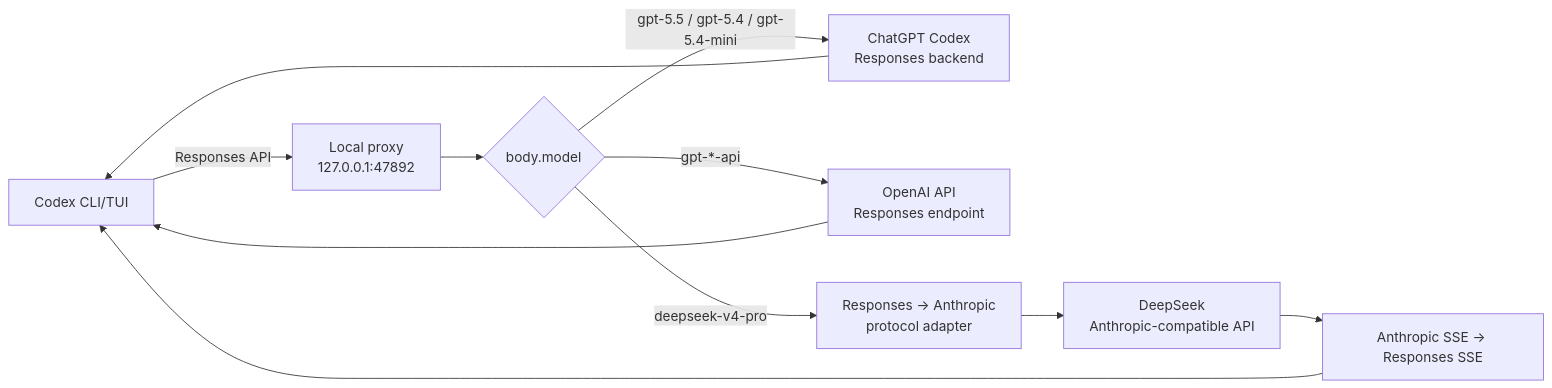
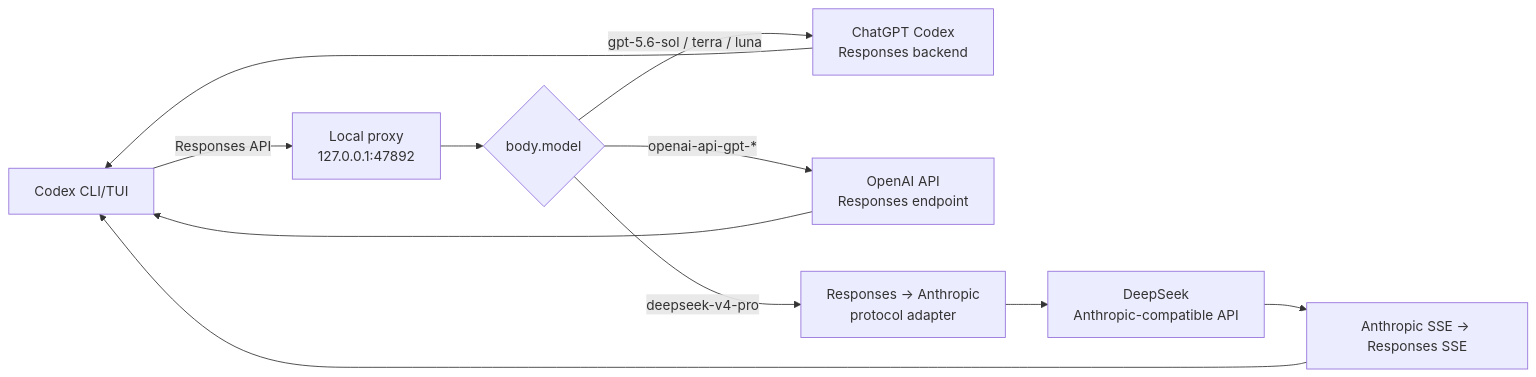
The diagram in README.md (OscarYi9527/codex_proxy), drawn with Mermaid before and after one commit. The commit also changed other lines of this file and 3 other files, not shown here.

````diff
--- a/README.md
+++ b/README.md
@@ -38,13 +42,13 @@
 ```mermaid
 flowchart LR
     C[Codex CLI/TUI] -->|Responses API| P[Local proxy<br/>127.0.0.1:47892]
     P --> M{body.model}
-    M -->|gpt-5.5 / gpt-5.4 / gpt-5.4-mini| G[ChatGPT Codex<br/>Responses backend]
-    M -->|gpt-*-api| O[OpenAI API<br/>Responses endpoint]
+    M -->|gpt-5.6-sol / terra / luna| G[ChatGPT Codex<br/>Responses backend]
+    M -->|openai-api-gpt-*| O[OpenAI API<br/>Responses endpoint]
     M -->|deepseek-v4-pro| T[Responses → Anthropic<br/>protocol adapter]
     T --> D[DeepSeek<br/>Anthropic-compatible API]
     D --> T2[Anthropic SSE → Responses SSE]
     T2 --> C
     G --> C
     O --> C
 ```
````
